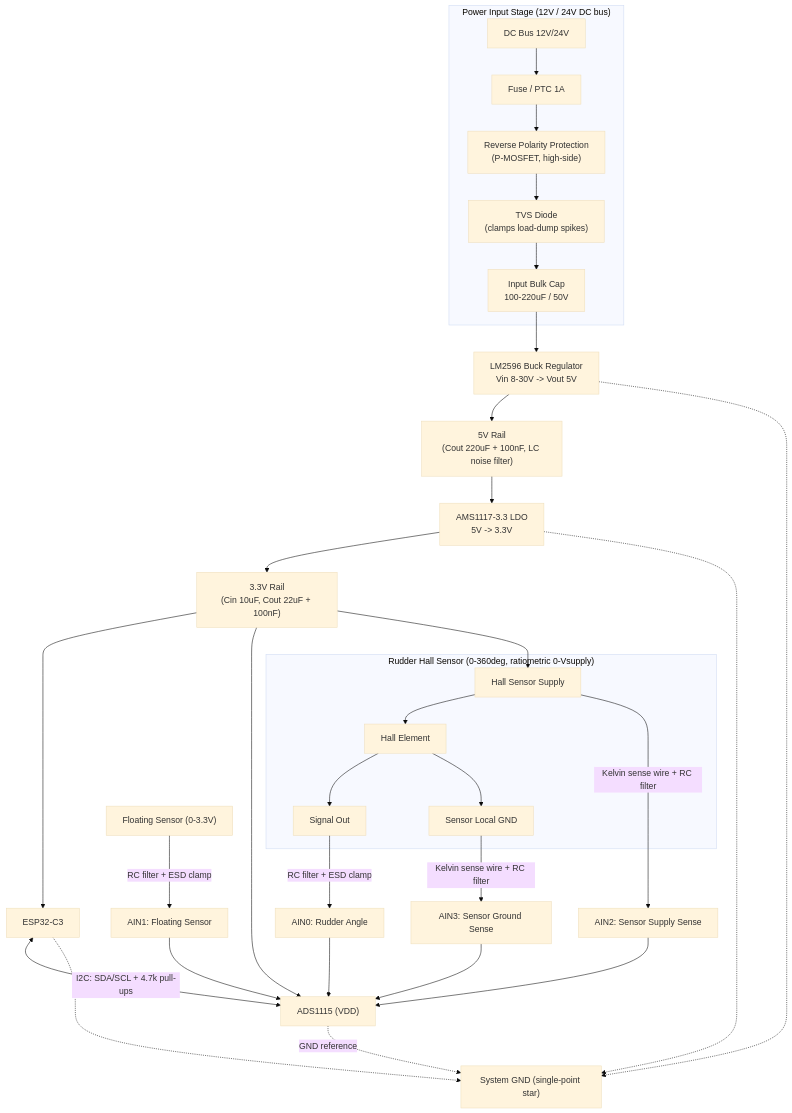
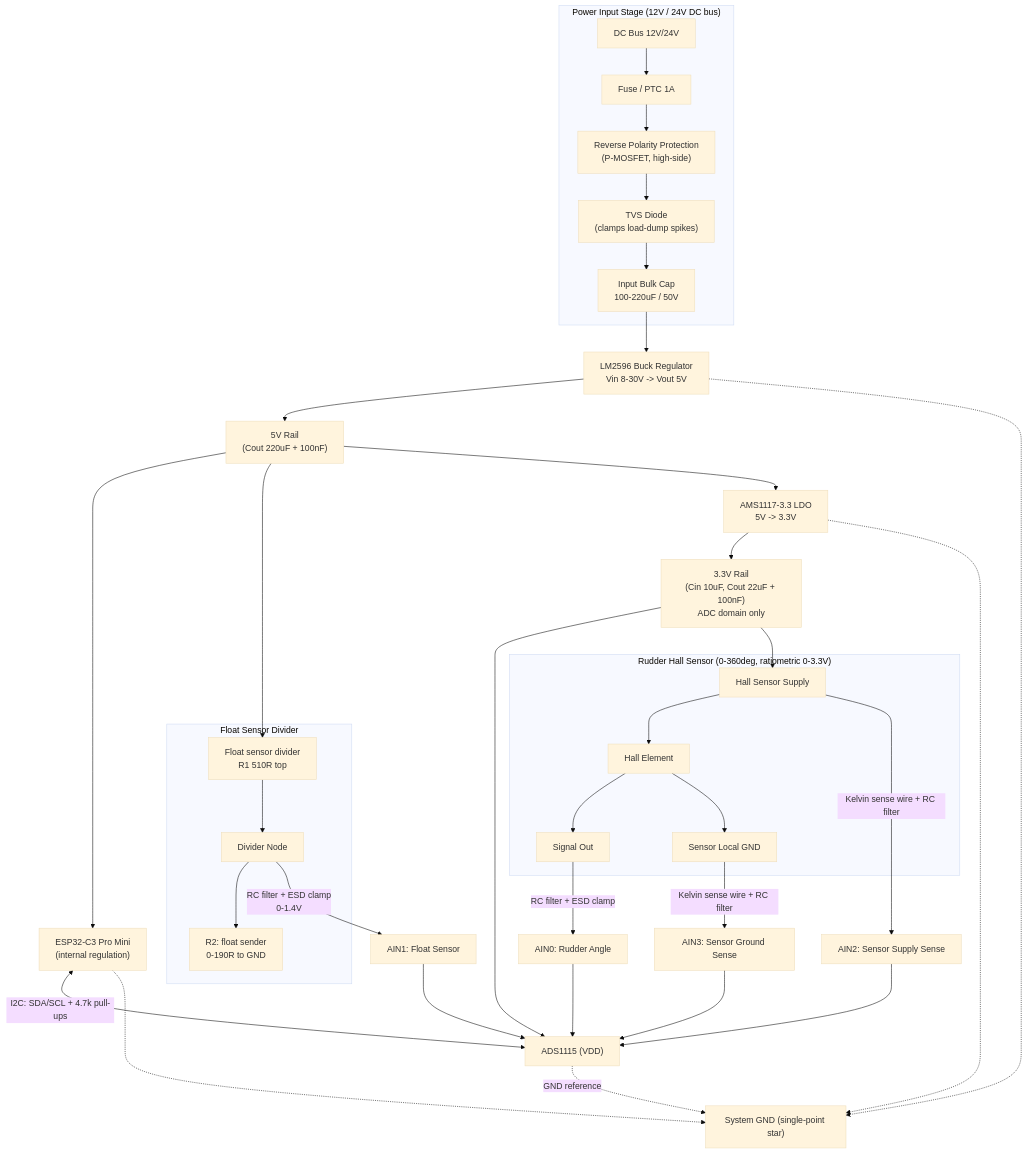
Before and after one commit to pandiannano/RudderAngleIndicator-ESP32C3-ADS1115-AngleSensor-Circuit: the diagram in docs/HARDWARE-DESIGN.md, drawn with Mermaid (base theme). The commit also changed other lines of this file and 1 other file, not shown here.

First line of the commit message:
Rev B: split power rails and add float-sensor divider on AIN1

````diff
--- a/docs/HARDWARE-DESIGN.md
+++ b/docs/HARDWARE-DESIGN.md
@@ -7,42 +9,48 @@
 ```mermaid
 flowchart TB
     subgraph INPUT["Power Input Stage (12V / 24V DC bus)"]
         BUS["DC Bus 12V/24V"] --> FUSE["Fuse / PTC 1A"]
         FUSE --> RPP["Reverse Polarity Protection\n(P-MOSFET, high-side)"]
         RPP --> TVS["TVS Diode\n(clamps load-dump spikes)"]
         TVS --> CIN["Input Bulk Cap\n100-220uF / 50V"]
     end
 
     CIN --> LM["LM2596 Buck Regulator\nVin 8-30V -> Vout 5V"]
-    LM --> R5V["5V Rail\n(Cout 220uF + 100nF, LC noise filter)"]
+    LM --> R5V["5V Rail\n(Cout 220uF + 100nF)"]
 
+    R5V --> ESP["ESP32-C3 Pro Mini\n(internal regulation)"]
+    R5V --> FLTTOP["Float sensor divider\nR1 510R top"]
     R5V --> AMS["AMS1117-3.3 LDO\n5V -> 3.3V"]
-    AMS --> R33["3.3V Rail\n(Cin 10uF, Cout 22uF + 100nF)"]
+    AMS --> R33["3.3V Rail\n(Cin 10uF, Cout 22uF + 100nF)\nADC domain only"]
 
-    R33 --> ESP["ESP32-C3"]
     R33 --> ADS["ADS1115 (VDD)"]
     R33 --> SSUP["Hall Sensor Supply"]
 
     ESP <-->|"I2C: SDA/SCL + 4.7k pull-ups"| ADS
 
-    subgraph SENSOR["Rudder Hall Sensor (0-360deg, ratiometric 0-Vsupply)"]
+    subgraph SENSOR["Rudder Hall Sensor (0-360deg, ratiometric 0-3.3V)"]
         SSUP --> HALL["Hall Element"]
         HALL --> SIG["Signal Out"]
         HALL --> SGND["Sensor Local GND"]
     end
 
+    subgraph FLOAT["Float Sensor Divider"]
+        FLTTOP --> FNODE["Divider Node"]
+        FNODE --> R2VAR["R2: float sender\n0-190R to GND"]
+    end
+
     SIG -->|"RC filter + ESD clamp"| AIN0["AIN0: Rudder Angle"]
-    FLT["Floating Sensor (0-3.3V)"] -->|"RC filter + ESD clamp"| AIN1["AIN1: Floating Sensor"]
+    FNODE -->|"RC filter + ESD clamp\n0-1.4V"| AIN1["AIN1: Float Sensor"]
     SSUP -->|"Kelvin sense wire + RC filter"| AIN2["AIN2: Sensor Supply Sense"]
     SGND -->|"Kelvin sense wire + RC filter"| AIN3["AIN3: Sensor Ground Sense"]
 
     AIN0 --> ADS
     AIN1 --> ADS
     AIN2 --> ADS
     AIN3 --> ADS
 
     ADS -.->|"GND reference"| SYSGND["System GND (single-point star)"]
     ESP -.-> SYSGND
     AMS -.-> SYSGND
     LM -.-> SYSGND
 ```
````
